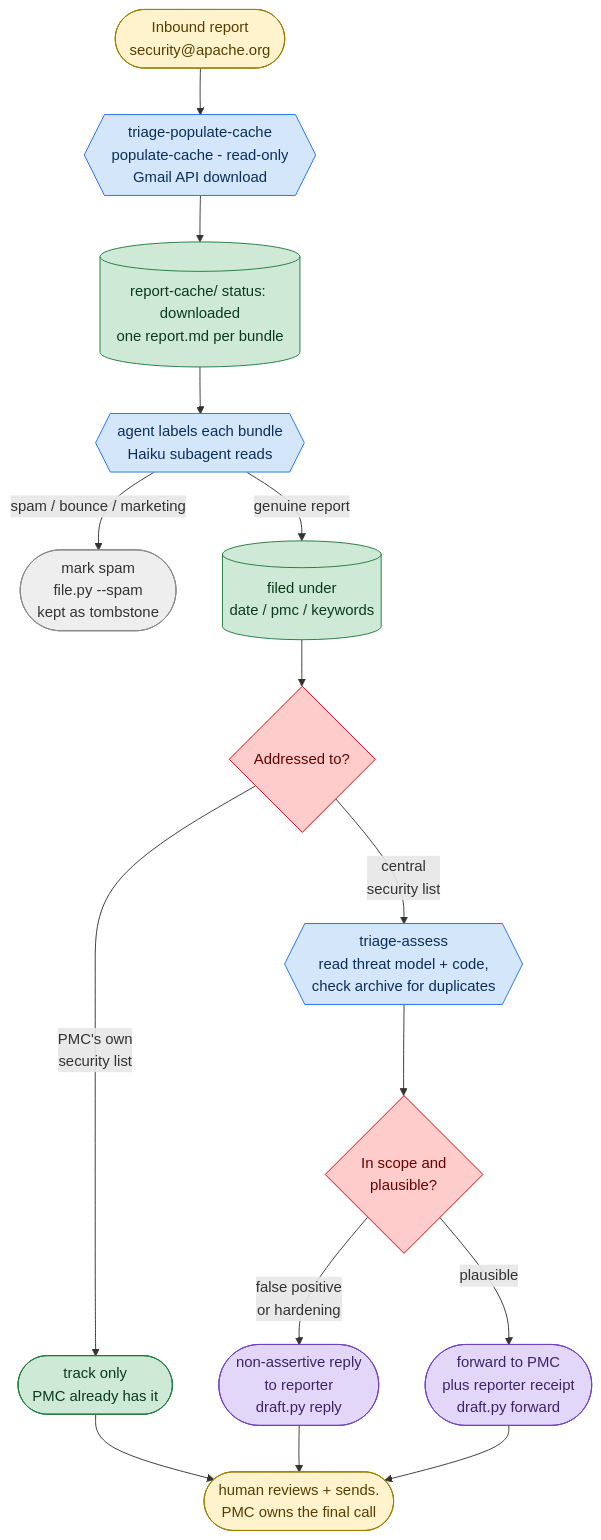
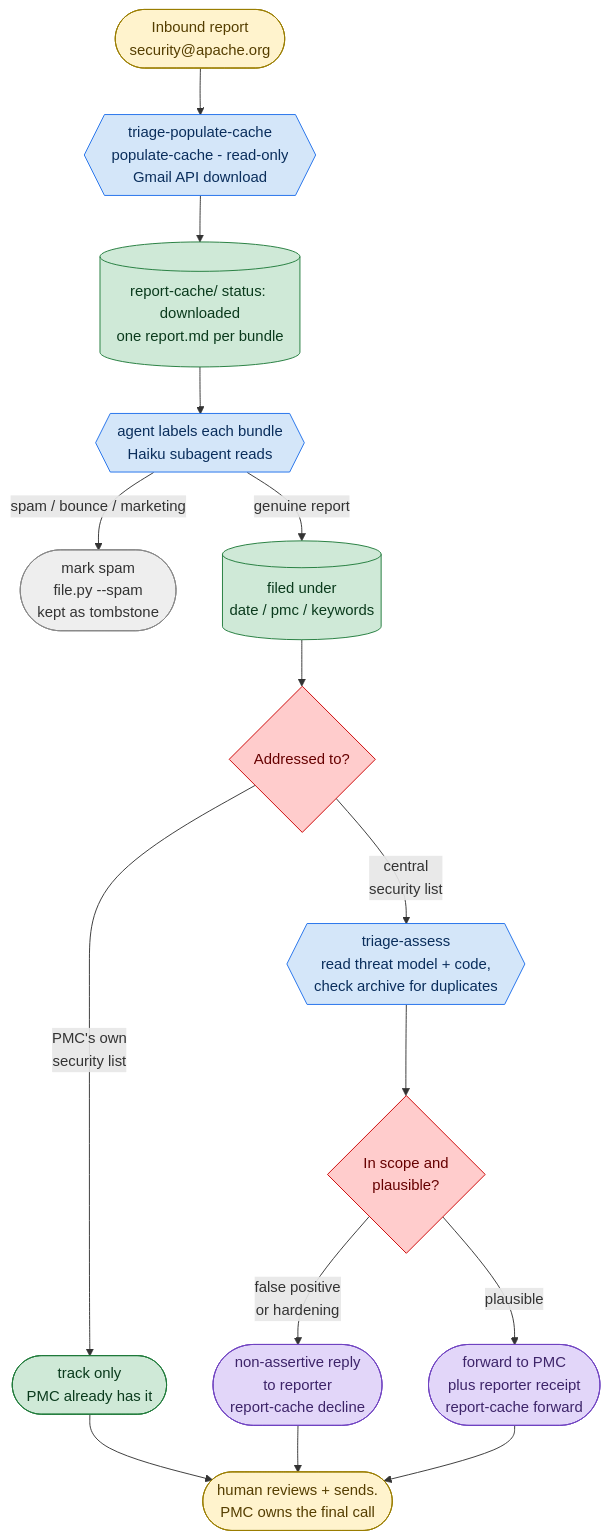
Before and after one commit to raboof/apache-security-dash: the fifth of 5 diagrams in README.md, drawn with Mermaid. The commit also changed 6 other files, not shown here.

First line of the commit message:
triage-assess: drive the skill from the report-cache CLI

````diff
--- a/README.md
+++ b/README.md
@@ -292,26 +292,26 @@
 ```mermaid
 flowchart TD
     IN([Inbound report<br/>security@apache.org]):::ext --> SW{{triage-populate-cache<br/>populate-cache - read-only<br/>Gmail API download}}:::skill
     SW --> INBOX[(report-cache/ status: downloaded<br/>one report.md per bundle)]:::cache
     INBOX --> CL{{agent labels each bundle<br/>Haiku subagent reads}}:::skill
     CL -->|spam / bounce / marketing| DIS([mark spam<br/>file.py --spam<br/>kept as tombstone]):::drop
     CL -->|genuine report| FILE[(filed under<br/>date / pmc / keywords)]:::cache
     FILE --> REC{Addressed to?}:::gate
     REC -->|PMC's own<br/>security list| TRK([track only<br/>PMC already has it]):::done
     REC -->|central<br/>security list| AS{{triage-assess<br/>read threat model + code,<br/>check archive for duplicates}}:::skill
     AS --> J{In scope and<br/>plausible?}:::gate
-    J -->|false positive<br/>or hardening| RP([non-assertive reply<br/>to reporter<br/>draft.py reply]):::draft
-    J -->|plausible| FW([forward to PMC<br/>plus reporter receipt<br/>draft.py forward]):::draft
+    J -->|false positive<br/>or hardening| RP([non-assertive reply<br/>to reporter<br/>report-cache decline]):::draft
+    J -->|plausible| FW([forward to PMC<br/>plus reporter receipt<br/>report-cache forward]):::draft
     TRK --> H([human reviews + sends.<br/>PMC owns the final call]):::pmc
     RP --> H
     FW --> H
 
     classDef ext fill:#fff3cd,stroke:#9a7d00,color:#553e00
     classDef skill fill:#d4e6f9,stroke:#1f6feb,color:#0a2e5c
     classDef gate fill:#ffcccc,stroke:#cc0000,color:#660000
     classDef cache fill:#cfe9d7,stroke:#1f7a3a,color:#0a3a1c
     classDef draft fill:#e2d6f9,stroke:#6f42c1,color:#3d2469
     classDef done fill:#cfe9d7,stroke:#1f7a3a,color:#0a3a1c
     classDef drop fill:#eeeeee,stroke:#888888,color:#333333
     classDef pmc fill:#fff3cd,stroke:#9a7d00,color:#553e00
 ```
````
